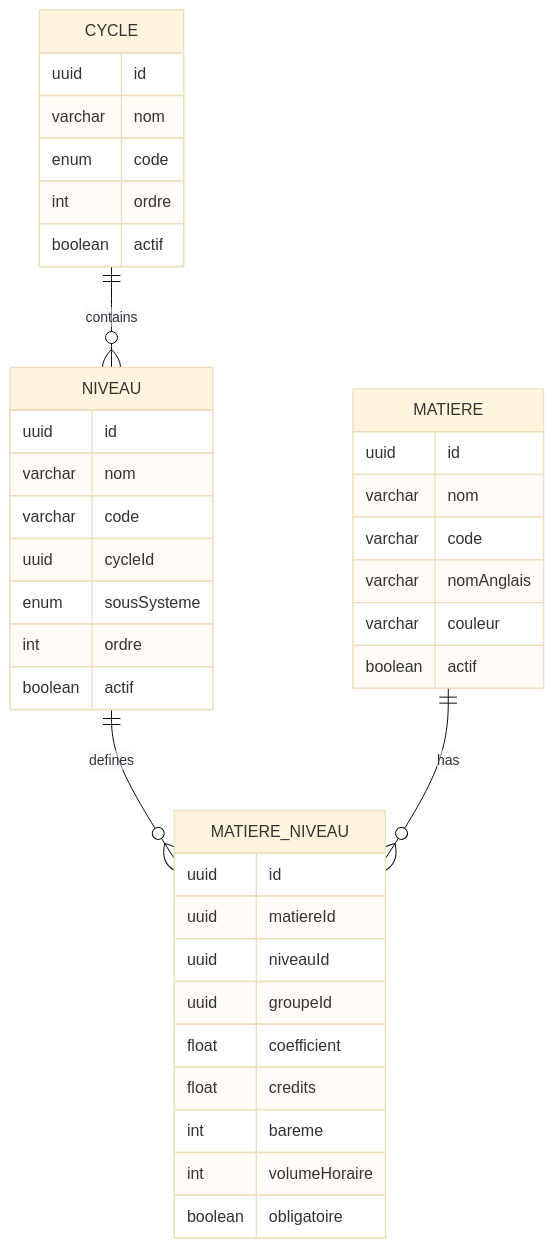
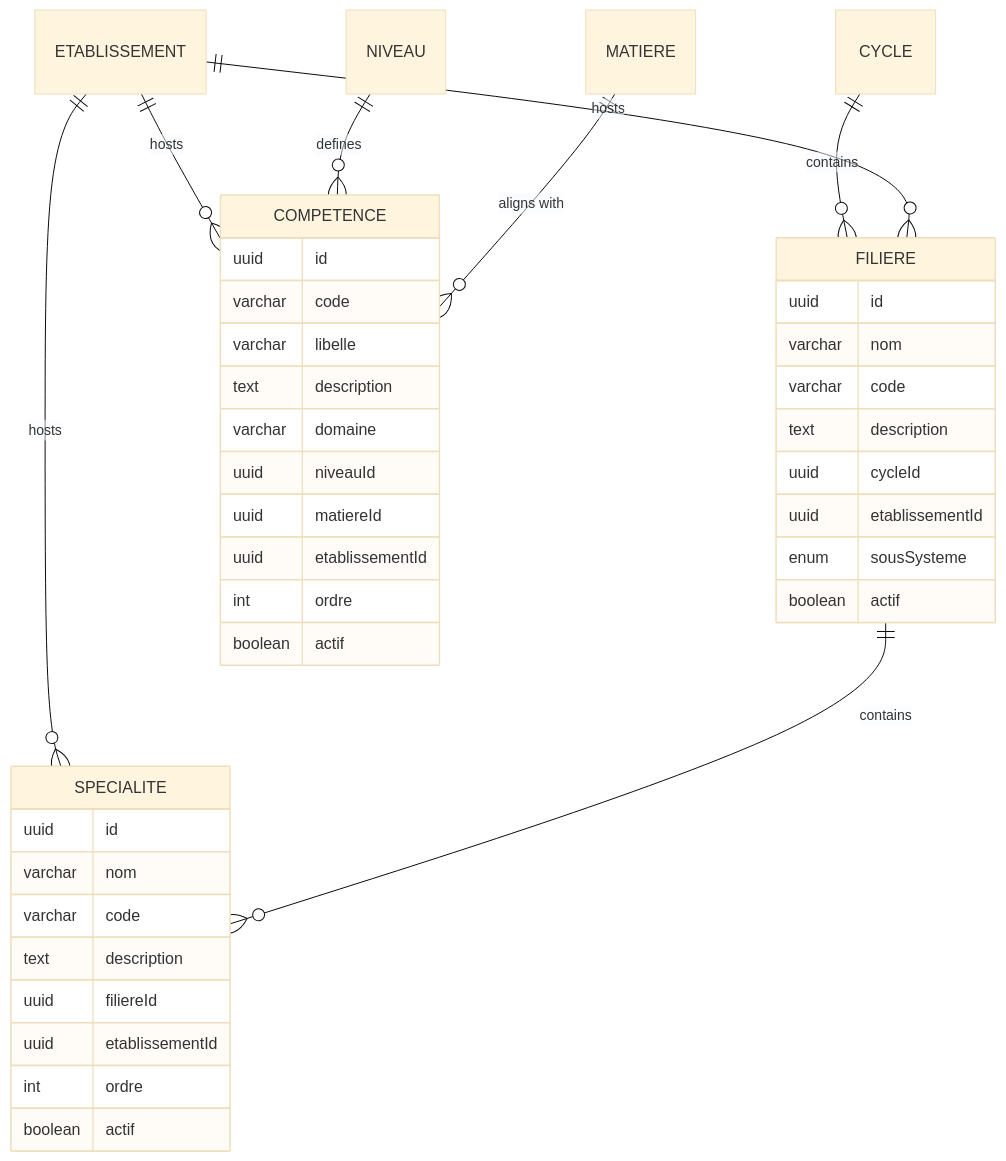
The third of 6 diagrams in .qoder/repowiki/en/content/Database Schema & Data Model/Academic Entities.md (franckylab/eLISAschool), drawn with Mermaid (base theme) before and after one commit. The commit also changed other lines of this file and 281 other files, not shown here.

````diff
--- a/.qoder/repowiki/en/content/Database Schema & Data Model/Academic Entities.md
+++ b/.qoder/repowiki/en/content/Database Schema & Data Model/Academic Entities.md
@@ -348,41 +416,42 @@
 ```mermaid
 erDiagram
-MATIERE {
+FILIERE {
 uuid id
 varchar nom
 varchar code
-varchar nomAnglais
-varchar couleur
+text description
+uuid cycleId
+uuid etablissementId
+enum sousSysteme
 boolean actif
 }
-MATIERE_NIVEAU {
-uuid id
-uuid matiereId
-uuid niveauId
-uuid groupeId
-float coefficient
-float credits
-int bareme
-int volumeHoraire
-boolean obligatoire
-}
-NIVEAU {
+SPECIALITE {
 uuid id
 varchar nom
 varchar code
-uuid cycleId
-enum sousSysteme
+text description
+uuid filiereId
+uuid etablissementId
 int ordre
 boolean actif
 }
-CYCLE {
+COMPETENCE {
 uuid id
-varchar nom
-enum code
+varchar code
+varchar libelle
+text description
+varchar domaine
+uuid niveauId
+uuid matiereId
+uuid etablissementId
 int ordre
 boolean actif
 }
-CYCLE ||--o{ NIVEAU : "contains"
-NIVEAU ||--o{ MATIERE_NIVEAU : "defines"
-MATIERE ||--o{ MATIERE_NIVEAU : "has"
+CYCLE ||--o{ FILIERE : "contains"
+ETABLISSEMENT ||--o{ FILIERE : "hosts"
+ETABLISSEMENT ||--o{ SPECIALITE : "hosts"
+ETABLISSEMENT ||--o{ COMPETENCE : "hosts"
+FILIERE ||--o{ SPECIALITE : "contains"
+NIVEAU ||--o{ COMPETENCE : "defines"
+MATIERE ||--o{ COMPETENCE : "aligns with"
 ```
````
